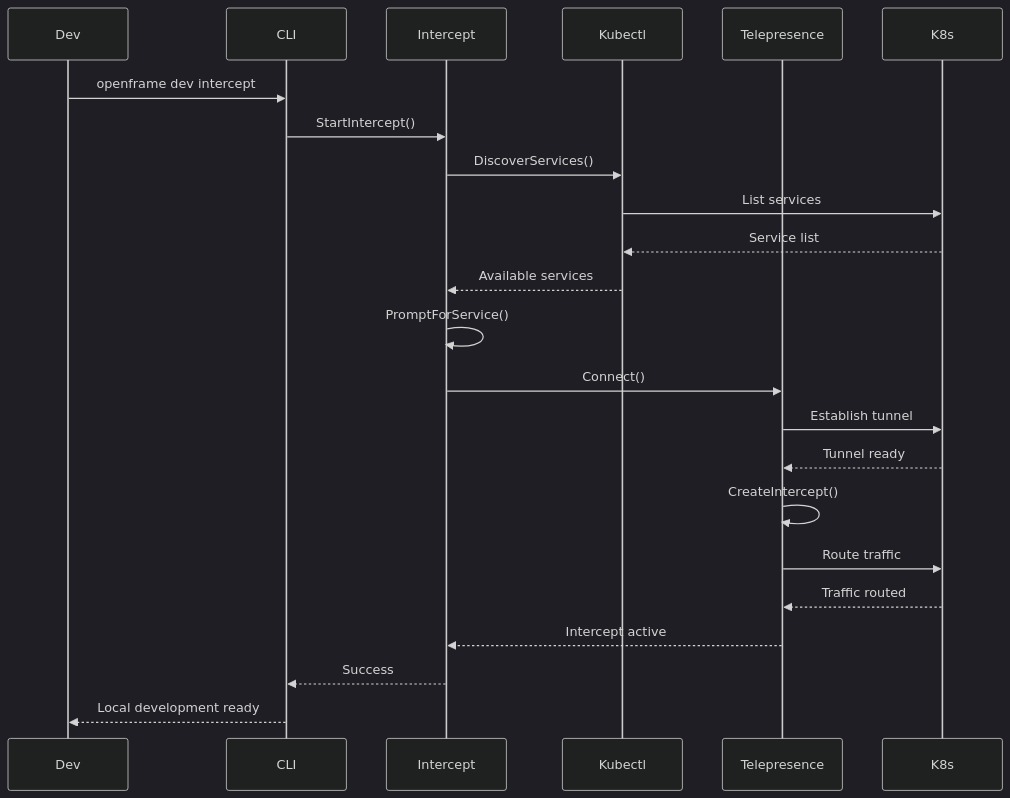
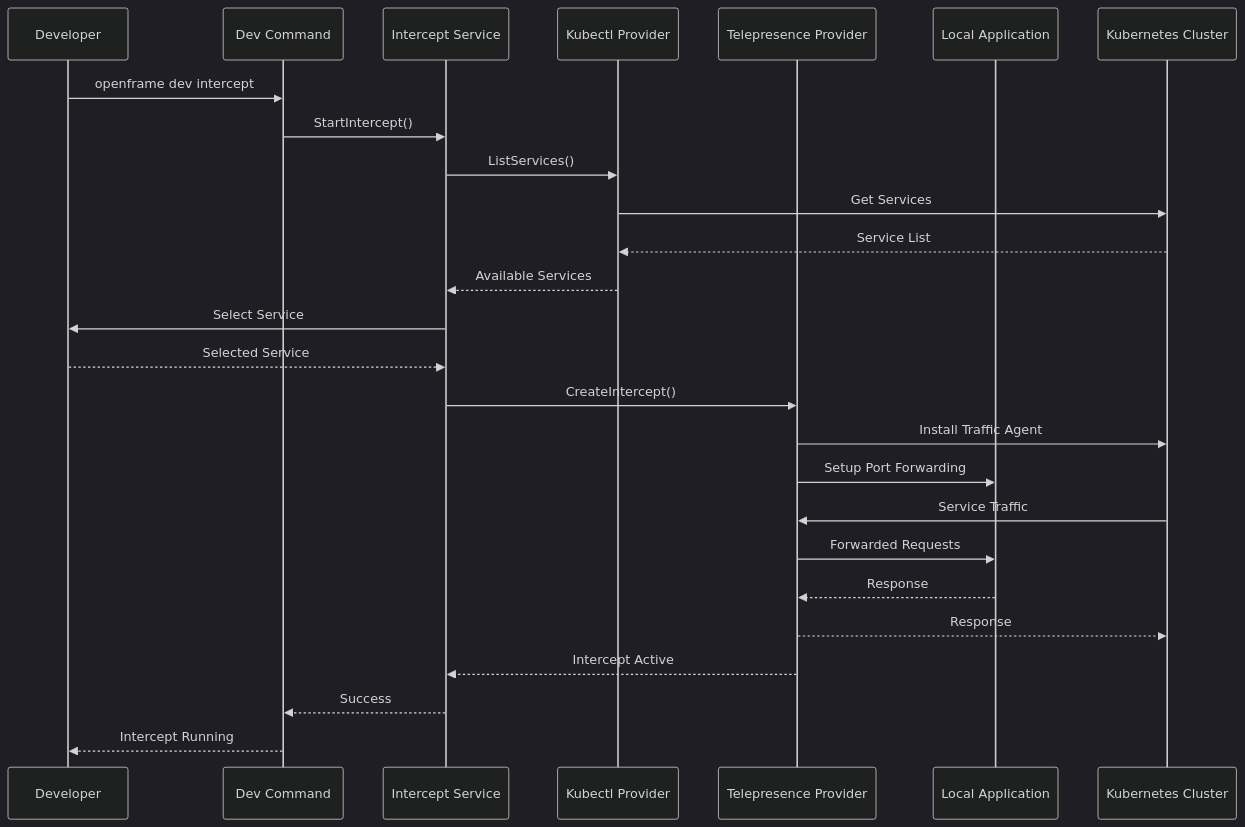
The fifth of 8 diagrams in docs/development/architecture/overview.md (flamingo-stack/openframe-cli), drawn with Mermaid (dark theme) before and after one commit. The commit also changed other lines of this file and 51 other files, not shown here.

````diff
--- a/docs/development/architecture/overview.md
+++ b/docs/development/architecture/overview.md
@@ -306,30 +264,34 @@
 ```mermaid
 sequenceDiagram
-    participant Dev
-    participant CLI
-    participant Intercept
-    participant Kubectl
-    participant Telepresence
-    participant K8s
+    participant Developer
+    participant DevCmd as Dev Command
+    participant InterceptSvc as Intercept Service
+    participant KubectlProvider as Kubectl Provider
+    participant TelepresenceProvider as Telepresence Provider
+    participant LocalApp as Local Application
+    participant K8sCluster as Kubernetes Cluster
     
-    Dev->>CLI: openframe dev intercept
-    CLI->>Intercept: StartIntercept()
+    Developer->>DevCmd: openframe dev intercept
+    DevCmd->>InterceptSvc: StartIntercept()
     
-    Intercept->>Kubectl: DiscoverServices()
-    Kubectl->>K8s: List services
-    K8s-->>Kubectl: Service list
-    Kubectl-->>Intercept: Available services
+    InterceptSvc->>KubectlProvider: ListServices()
+    KubectlProvider->>K8sCluster: Get Services
+    K8sCluster-->>KubectlProvider: Service List
+    KubectlProvider-->>InterceptSvc: Available Services
     
-    Intercept->>Intercept: PromptForService()
-    Intercept->>Telepresence: Connect()
-    Telepresence->>K8s: Establish tunnel
-    K8s-->>Telepresence: Tunnel ready
+    InterceptSvc->>Developer: Select Service
+    Developer-->>InterceptSvc: Selected Service
     
-    Telepresence->>Telepresence: CreateIntercept()
-    Telepresence->>K8s: Route traffic
-    K8s-->>Telepresence: Traffic routed
-    Telepresence-->>Intercept: Intercept active
+    InterceptSvc->>TelepresenceProvider: CreateIntercept()
+    TelepresenceProvider->>K8sCluster: Install Traffic Agent
+    TelepresenceProvider->>LocalApp: Setup Port Forwarding
     
-    Intercept-->>CLI: Success
-    CLI-->>Dev: Local development ready
+    K8sCluster->>TelepresenceProvider: Service Traffic
+    TelepresenceProvider->>LocalApp: Forwarded Requests
+    LocalApp-->>TelepresenceProvider: Response
+    TelepresenceProvider-->>K8sCluster: Response
+    
+    TelepresenceProvider-->>InterceptSvc: Intercept Active
+    InterceptSvc-->>DevCmd: Success
+    DevCmd-->>Developer: Intercept Running
 ```
````
